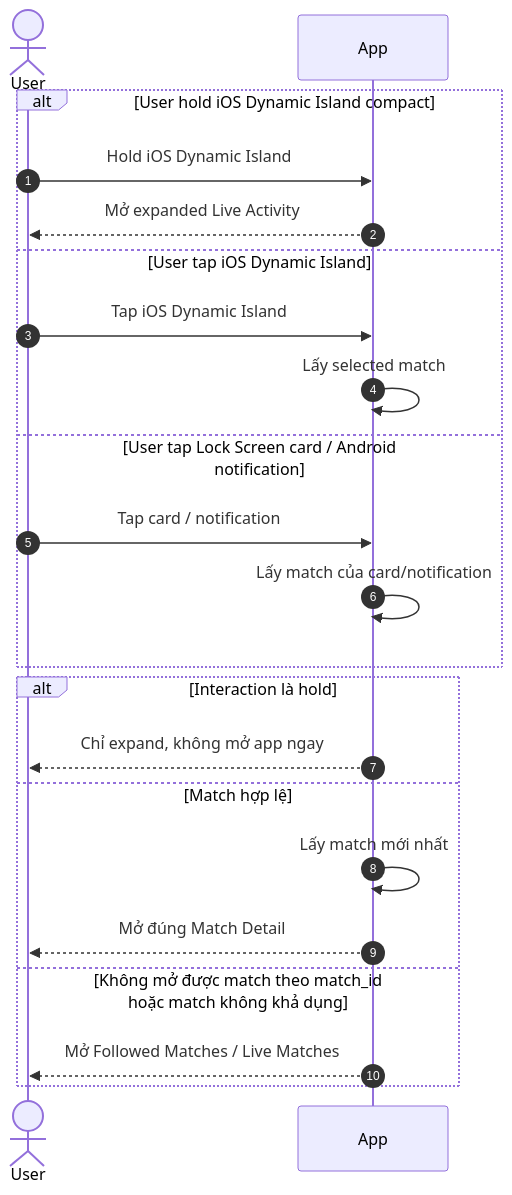
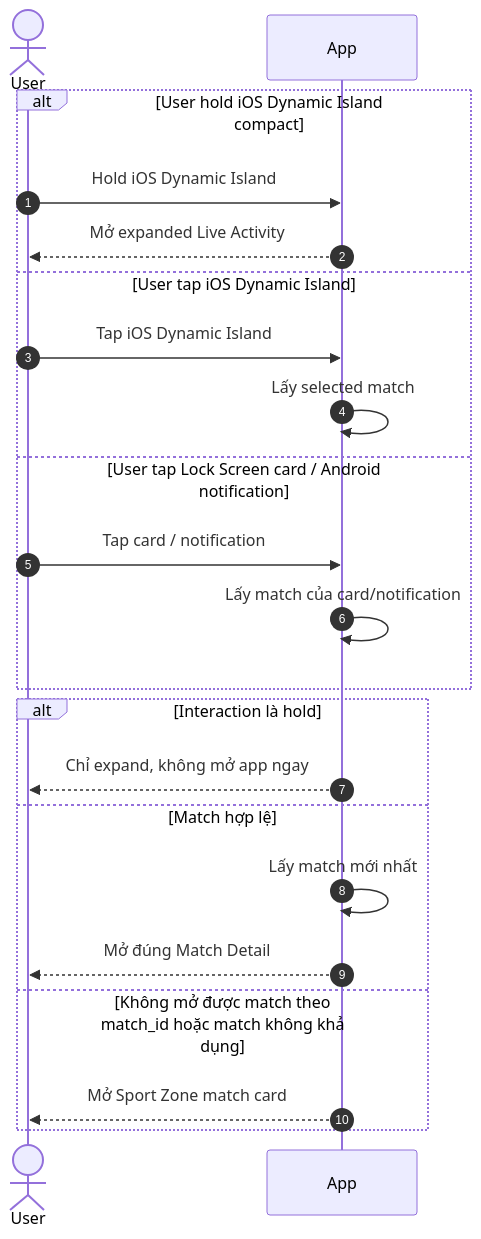
The fourth of 4 diagrams in features/final-docs/Sport-Zone/Live-Activity/product/live-activity-user-flows-functional-requirements.md (duongdang1136/FPTPLay), drawn with Mermaid before and after one commit. The commit also changed other lines of this file, not shown here.

Commit message:
docs: update live activity fallback route

````diff
--- a/features/final-docs/Sport-Zone/Live-Activity/product/live-activity-user-flows-functional-requirements.md
+++ b/features/final-docs/Sport-Zone/Live-Activity/product/live-activity-user-flows-functional-requirements.md
@@ -409,27 +410,27 @@
 ```mermaid
 sequenceDiagram
     autonumber
 
     actor User as User
     participant App
 
     alt User hold iOS Dynamic Island compact
         User->>App: Hold iOS Dynamic Island
         App-->>User: Mở expanded Live Activity
     else User tap iOS Dynamic Island
         User->>App: Tap iOS Dynamic Island
         App->>App: Lấy selected match
     else User tap Lock Screen card / Android notification
         User->>App: Tap card / notification
         App->>App: Lấy match của card/notification
     end
 
     alt Interaction là hold
         App-->>User: Chỉ expand, không mở app ngay
     else Match hợp lệ
         App->>App: Lấy match mới nhất
         App-->>User: Mở đúng Match Detail
     else Không mở được match theo match_id hoặc match không khả dụng
-        App-->>User: Mở Followed Matches / Live Matches
+        App-->>User: Mở Sport Zone match card
     end
 ```
````
